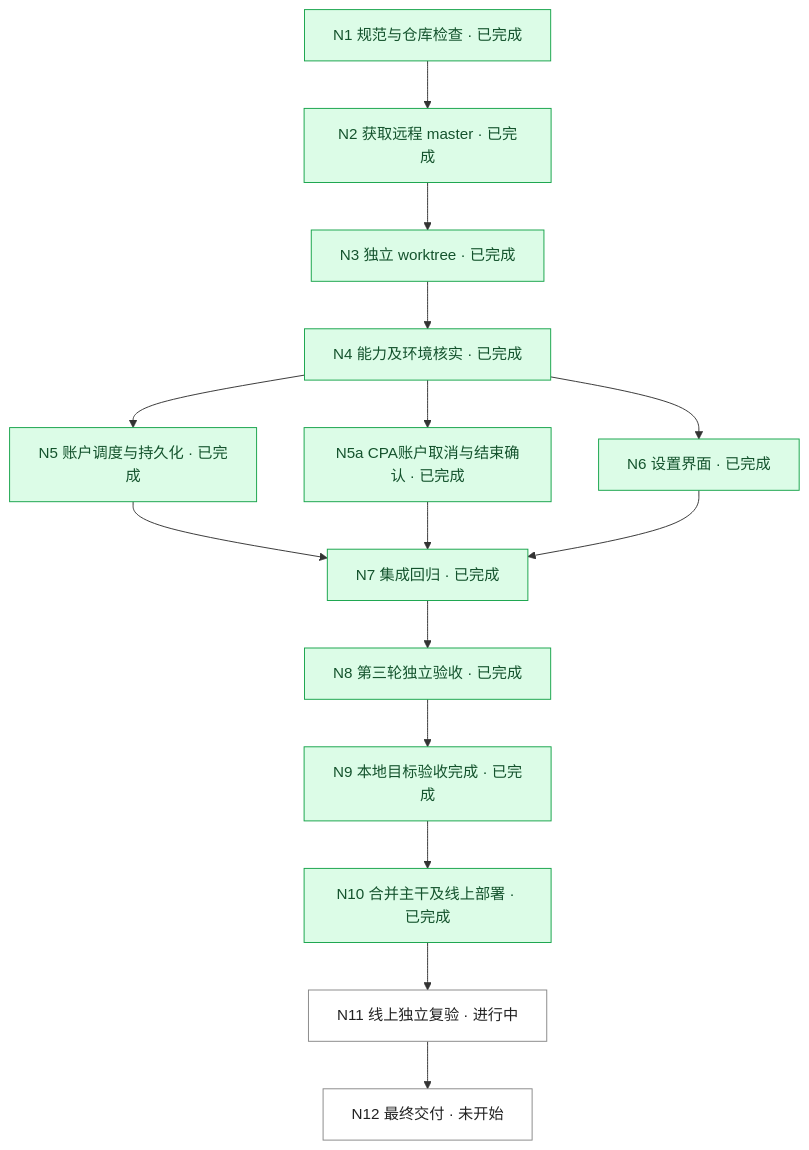
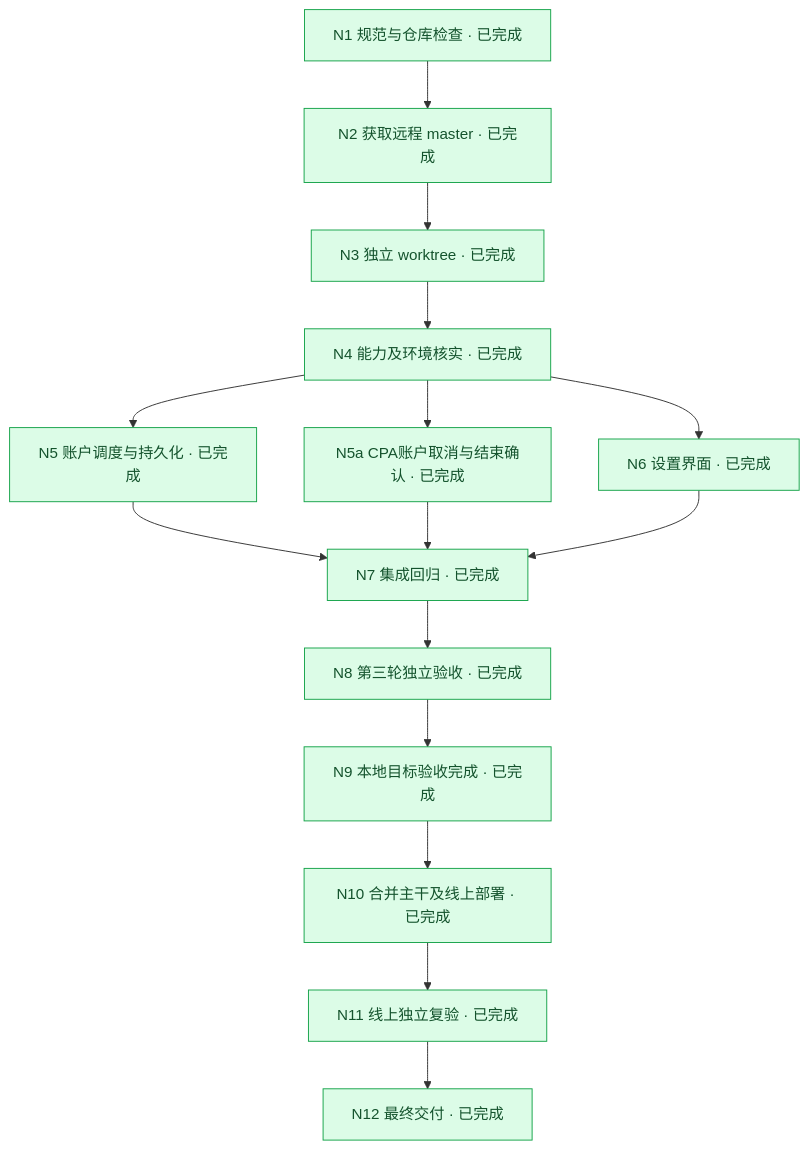
Before and after one commit to PengZoneLab/cpa-usage-keeper: the diagram in docs/reset-card-scheduler/dag.md, drawn with Mermaid. The commit also changed other lines of this file and 5 other files, not shown here.

````diff
--- a/docs/reset-card-scheduler/dag.md
+++ b/docs/reset-card-scheduler/dag.md
@@ -15,34 +15,33 @@
 ```mermaid
 flowchart TD
  N1["N1 规范与仓库检查 · 已完成"]
  N2["N2 获取远程 master · 已完成"]
  N3["N3 独立 worktree · 已完成"]
  N4["N4 能力及环境核实 · 已完成"]
  N5["N5 账户调度与持久化 · 已完成"]
  N5a["N5a CPA账户取消与结束确认 · 已完成"]
  N6["N6 设置界面 · 已完成"]
  N7["N7 集成回归 · 已完成"]
  N8["N8 第三轮独立验收 · 已完成"]
  N9["N9 本地目标验收完成 · 已完成"]
  N10["N10 合并主干及线上部署 · 已完成"]
- N11["N11 线上独立复验 · 进行中"]
- N12["N12 最终交付 · 未开始"]
+ N11["N11 线上独立复验 · 已完成"]
+ N12["N12 最终交付 · 已完成"]
  N1 --> N2
  N2 --> N3
  N3 --> N4
  N4 --> N5
  N4 --> N5a
  N4 --> N6
  N5 --> N7
  N5a --> N7
  N6 --> N7
  N7 --> N8
  N8 --> N9
  N9 --> N10
  N10 --> N11
  N11 --> N12
  classDef done fill:#dcfce7,stroke:#16a34a,color:#14532d
  classDef pending fill:#fff,stroke:#888,color:#222
- class N1,N2,N3,N4,N5,N5a,N6,N7,N8,N9,N10 done
- class N11,N12 pending
+ class N1,N2,N3,N4,N5,N5a,N6,N7,N8,N9,N10,N11,N12 done
 ```
````
